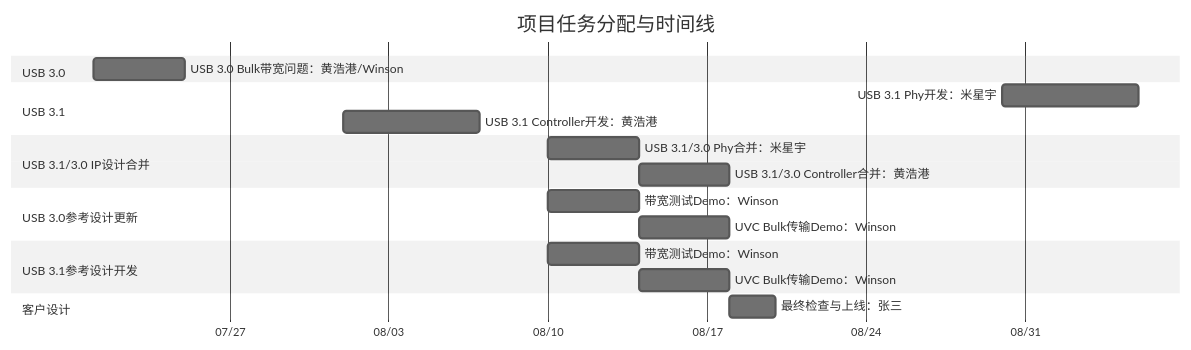
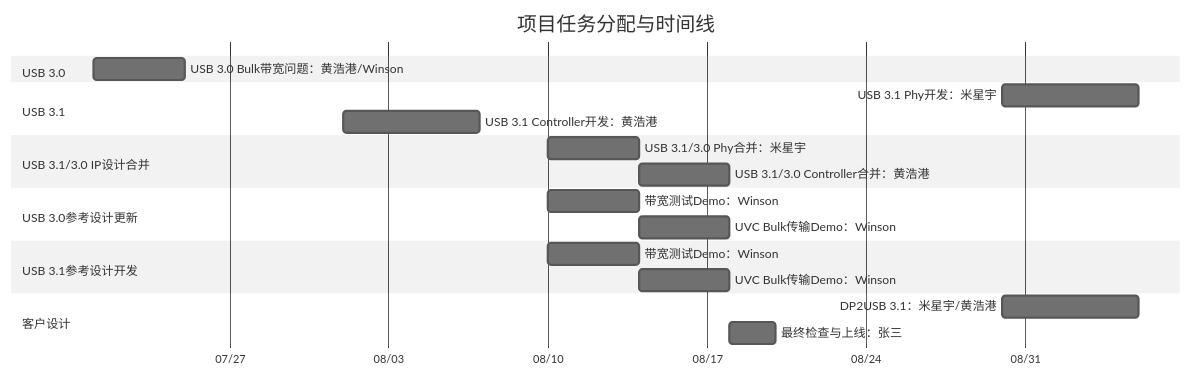
The diagram in all/未命名.md (winsonbook/iodraw-files), drawn with Mermaid (neutral theme) before and after one commit.

Commit message:
2025-07-21 10:05:08 update

````diff
--- a/all/未命名.md
+++ b/all/未命名.md
@@ -1,32 +1,33 @@
 ```mermaid
 gantt
     title 项目任务分配与时间线
     dateFormat  YYYY-MM-DD
     axisFormat  %m/%d
 
     section USB 3.0
     USB 3.0 Bulk带宽问题：黄浩港/Winson   :    task1, 2025-07-21, 4d
 
     section USB 3.1
     USB 3.1 Phy开发：米星宇      :         task2, 2025-08-30, 6d
     USB 3.1 Controller开发：黄浩港      :  task3, 2025-08-01, 6d
 
     section Meta项目
 
 
     section USB 3.1/3.0 IP设计合并
     USB 3.1/3.0 Phy合并：米星宇       :    task5, 2025-08-10, 4d
     USB 3.1/3.0 Controller合并：黄浩港:    task6, 2025-08-14, 4d
 
     section USB 3.0参考设计更新
     带宽测试Demo：Winson       :         task7, 2025-08-10, 4d
     UVC Bulk传输Demo：Winson   :        task8, 2025-08-14, 4d
 
     section USB 3.1参考设计开发
     带宽测试Demo：Winson       :         task9, 2025-08-10, 4d
     UVC Bulk传输Demo：Winson   :         task19, 2025-08-14, 4d
 
     section 客户设计
+   DP2USB 3.1：米星宇/黄浩港      :         task4, 2025-08-30, 6d
     最终检查与上线：张三 :         task8, 2025-08-18, 2d
 
 ```
````
